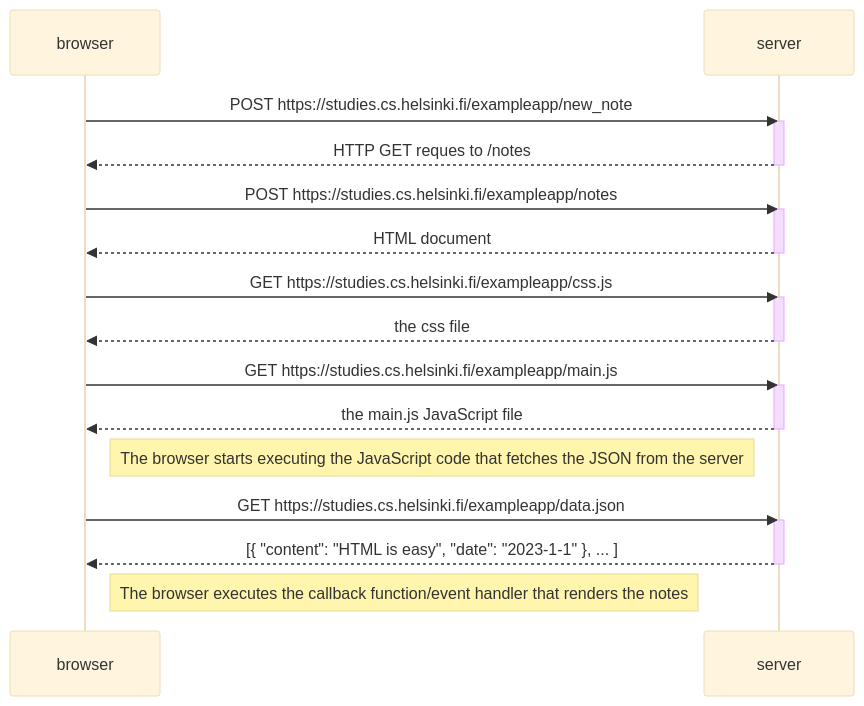
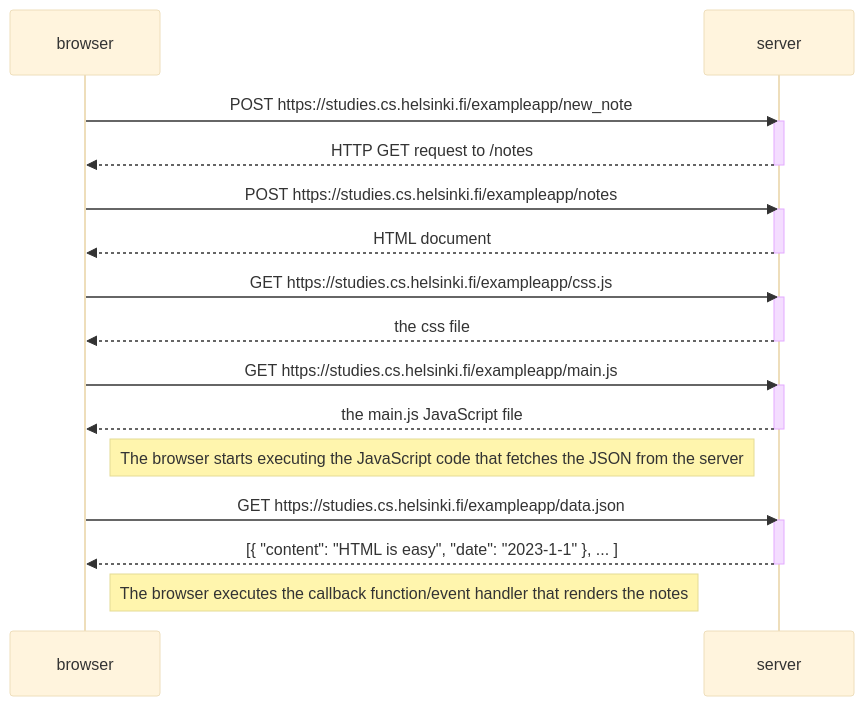
The diagram in part0/0.4.md (ScotttanSR/fullstackopen), drawn with Mermaid (base theme) before and after one commit.

Commit message:
typo admend

````diff
--- a/part0/0.4.md
+++ b/part0/0.4.md
@@ -1,37 +1,37 @@
 ```mermaid
 sequenceDiagram
     participant browser
     participant server
 
     browser->>server: POST https://studies.cs.helsinki.fi/exampleapp/new_note
     activate server
-    server-->>browser: HTTP GET reques to /notes
+    server-->>browser: HTTP GET request to /notes
     deactivate server
 
     browser->>server: POST https://studies.cs.helsinki.fi/exampleapp/notes
     activate server
     server-->>browser: HTML document
     deactivate server
 
 
     browser->>server: GET https://studies.cs.helsinki.fi/exampleapp/css.js
     activate server
     server-->>browser: the css file
     deactivate server
 
     browser->>server: GET https://studies.cs.helsinki.fi/exampleapp/main.js
     activate server
     server-->>browser: the main.js JavaScript file
     deactivate server
 
     Note right of browser: The browser starts executing the JavaScript code that fetches the JSON from the server
 
     browser->>server: GET https://studies.cs.helsinki.fi/exampleapp/data.json
     activate server
     server-->>browser: [{ "content": "HTML is easy", "date": "2023-1-1" }, ... ]
     deactivate server
 
 
     Note right of browser: The browser executes the callback function/event handler that renders the notes
 
 ```
````
